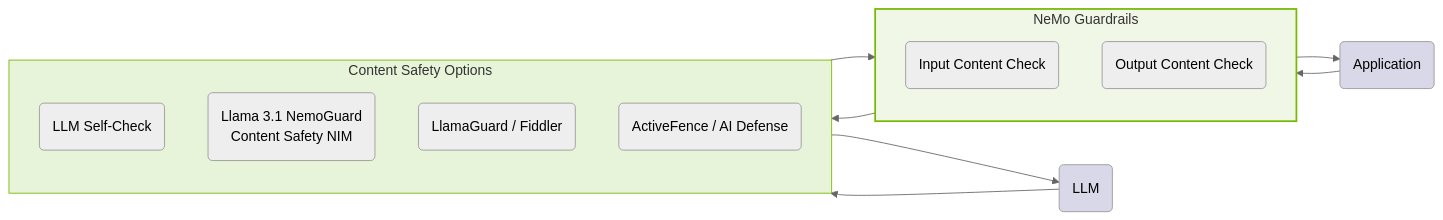
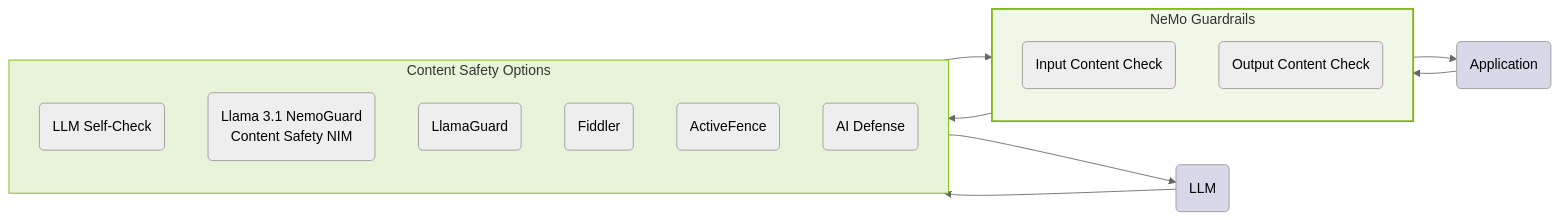
The first of 8 diagrams in docs/resources/use-case-diagrams.md (NVIDIA-NeMo/Guardrails), drawn with Mermaid before and after one commit. The commit also changed other lines of this file, not shown here.

Commit message:
incorporate feedback

````diff
--- a/docs/resources/use-case-diagrams.md
+++ b/docs/resources/use-case-diagrams.md
@@ -9,34 +9,36 @@
 ```{mermaid}
 %%{init: {'theme': 'neutral', 'themeVariables': { 'background': 'transparent' }}}%%
 
 flowchart LR
   A("Application")
 
   subgraph NemoGuardrails["NeMo Guardrails"]
     direction TB
     B1("Input Content Check")
     B2("Output Content Check")
   end
 
   subgraph Safety["Content Safety Options"]
     direction TB
     C1("LLM Self-Check")
     C2("Llama 3.1 NemoGuard<br/>Content Safety NIM")
-    C3("LlamaGuard / Fiddler")
-    C4("ActiveFence / AI Defense")
+    C3("LlamaGuard")
+    C4("Fiddler")
+    C5("ActiveFence")
+    C6("AI Defense")
   end
 
   D("LLM")
 
   A --> NemoGuardrails
   NemoGuardrails --> Safety
   Safety --> D
   D --> Safety
   Safety --> NemoGuardrails
   NemoGuardrails --> A
 
   style A fill:#d8d8e8,stroke:#999
   style NemoGuardrails fill:#f0f7e6,stroke:#76b900,stroke-width:2px
   style Safety fill:#e8f4d9,stroke:#76b900
   style D fill:#d8d8e8,stroke:#999
 ```
````
